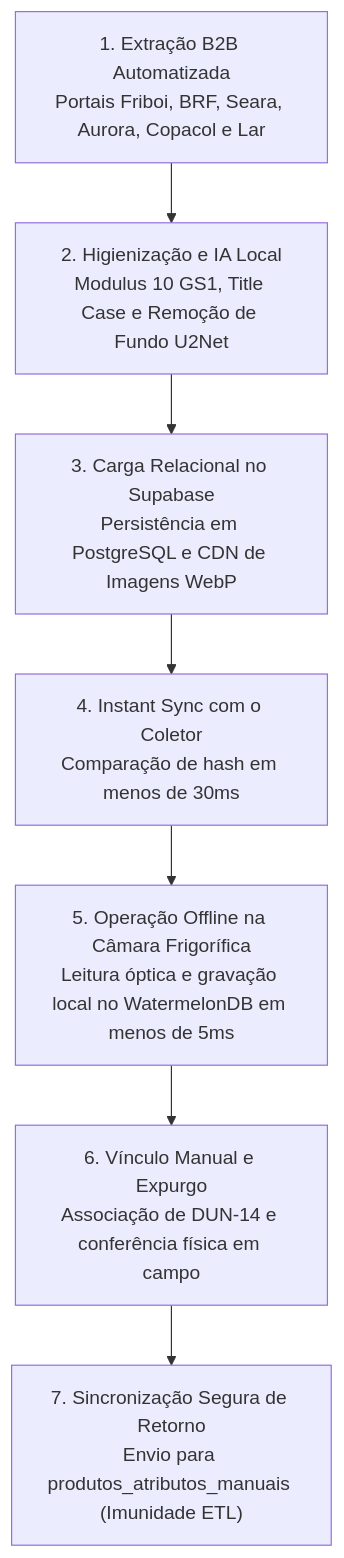
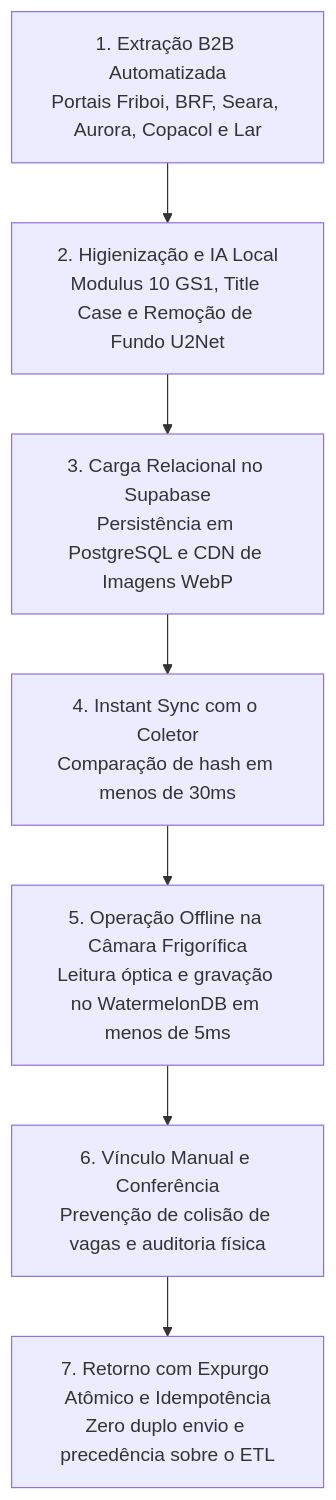
Before and after one commit to NaejBarbosa/paletscan-etl: the second of 3 diagrams in docs/index.md, drawn with Mermaid. The commit also changed other lines of this file and 28 other files, not shown here.

Commit message:
docs: atualiza documentacao mkdocs com pontos criticos e diagramas verticalizados mobile

````diff
--- a/docs/index.md
+++ b/docs/index.md
@@ -84,9 +84,10 @@
 ```mermaid
 flowchart TD
-    E1["1. Extração B2B Automatizada\nPortais Friboi, BRF, Seara, Aurora, Copacol e Lar"] --> E2["2. Higienização e IA Local\nModulus 10 GS1, Title Case e Remoção de Fundo U2Net"]
+    E1["1. Extração B2B Automatizada\nPortais Friboi, BRF, Seara, Aurora, Copacol e Lar"]
+    E1 --> E2["2. Higienização e IA Local\nModulus 10 GS1, Title Case e Remoção de Fundo U2Net"]
     E2 --> E3["3. Carga Relacional no Supabase\nPersistência em PostgreSQL e CDN de Imagens WebP"]
     E3 --> E4["4. Instant Sync com o Coletor\nComparação de hash em menos de 30ms"]
-    E4 --> E5["5. Operação Offline na Câmara Frigorífica\nLeitura óptica e gravação local no WatermelonDB em menos de 5ms"]
-    E5 --> E6["6. Vínculo Manual e Expurgo\nAssociação de DUN-14 e conferência física em campo"]
-    E6 --> E7["7. Sincronização Segura de Retorno\nEnvio para produtos_atributos_manuais (Imunidade ETL)"]
+    E4 --> E5["5. Operação Offline na Câmara Frigorífica\nLeitura óptica e gravação no WatermelonDB em menos de 5ms"]
+    E5 --> E6["6. Vínculo Manual e Conferência\nPrevenção de colisão de vagas e auditoria física"]
+    E6 --> E7["7. Retorno com Expurgo Atômico e Idempotência\nZero duplo envio e precedência sobre o ETL"]
 ```
````
